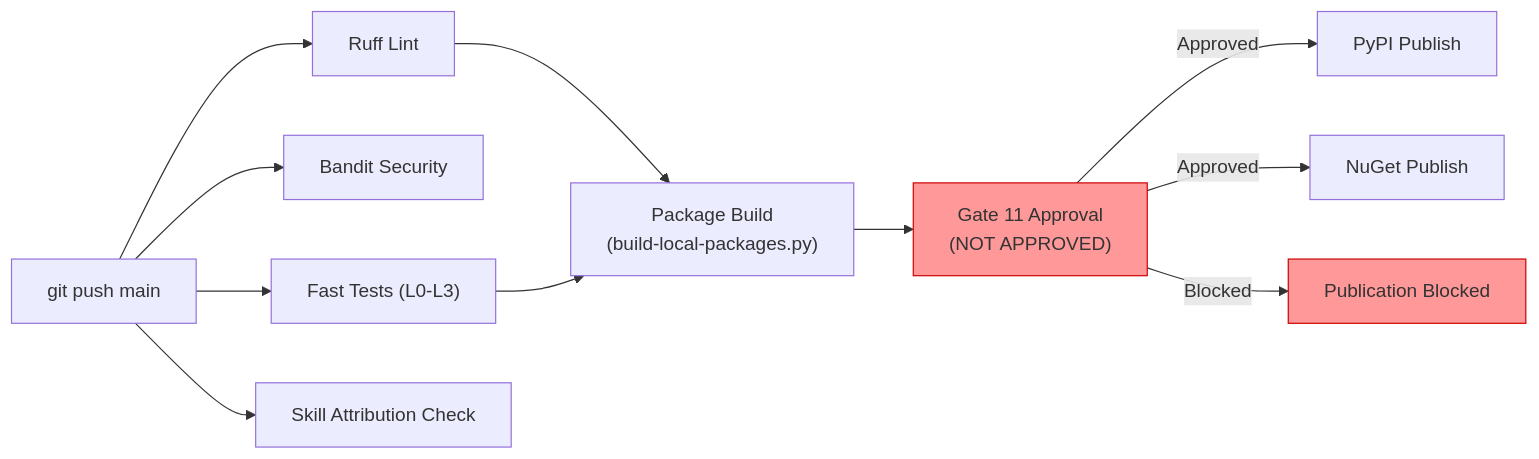
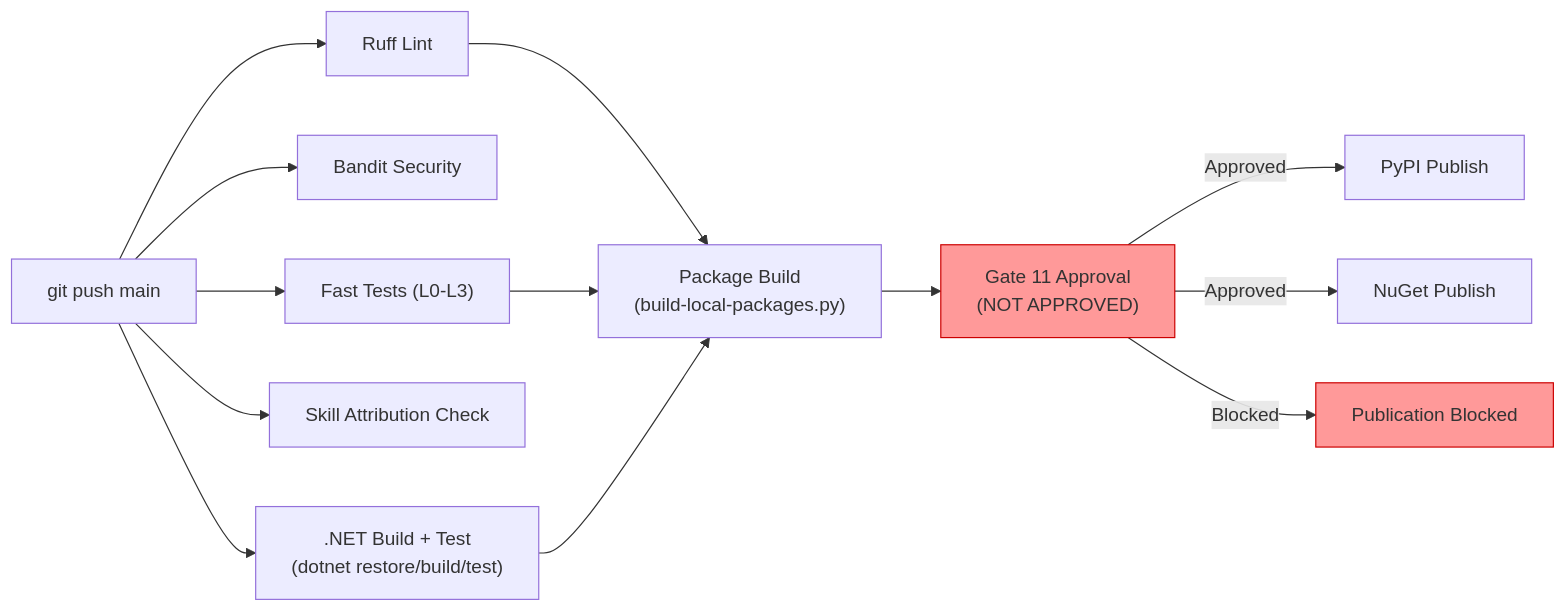
Before and after one commit to babar-raza/format-factory: diagram 15 of 18 in docs/system-recon/FF-DEEP-RECON-20260705-052931/02-SYSTEM-ARCHITECTURE-AND-DIAGRAMS.md, drawn with Mermaid. The commit also changed other lines of this file and 6 other files, not shown here.

````diff
--- a/docs/system-recon/FF-DEEP-RECON-20260705-052931/02-SYSTEM-ARCHITECTURE-AND-DIAGRAMS.md
+++ b/docs/system-recon/FF-DEEP-RECON-20260705-052931/02-SYSTEM-ARCHITECTURE-AND-DIAGRAMS.md
@@ -527,26 +528,29 @@
 ```mermaid
 flowchart LR
     PUSH["git push main"]
     LINT["Ruff Lint"]
     SEC["Bandit Security"]
     FAST["Fast Tests (L0-L3)"]
     SKILL["Skill Attribution Check"]
+    DOTNETCI[".NET Build + Test<br/>(dotnet restore/build/test)"]
     BUILD["Package Build<br/>(build-local-packages.py)"]
     GATE11["Gate 11 Approval<br/>(NOT APPROVED)"]
     PYPI["PyPI Publish"]
     NUGET["NuGet Publish"]
 
     PUSH --> LINT
     PUSH --> SEC
     PUSH --> FAST
     PUSH --> SKILL
+    PUSH --> DOTNETCI
     LINT --> BUILD
     FAST --> BUILD
+    DOTNETCI --> BUILD
     BUILD --> GATE11
     GATE11 -->|Approved| PYPI
     GATE11 -->|Approved| NUGET
     GATE11 -->|Blocked| BLOCKED["Publication Blocked"]
 
     style GATE11 fill:#f99,stroke:#c00
     style BLOCKED fill:#f99,stroke:#c00
 ```
````
